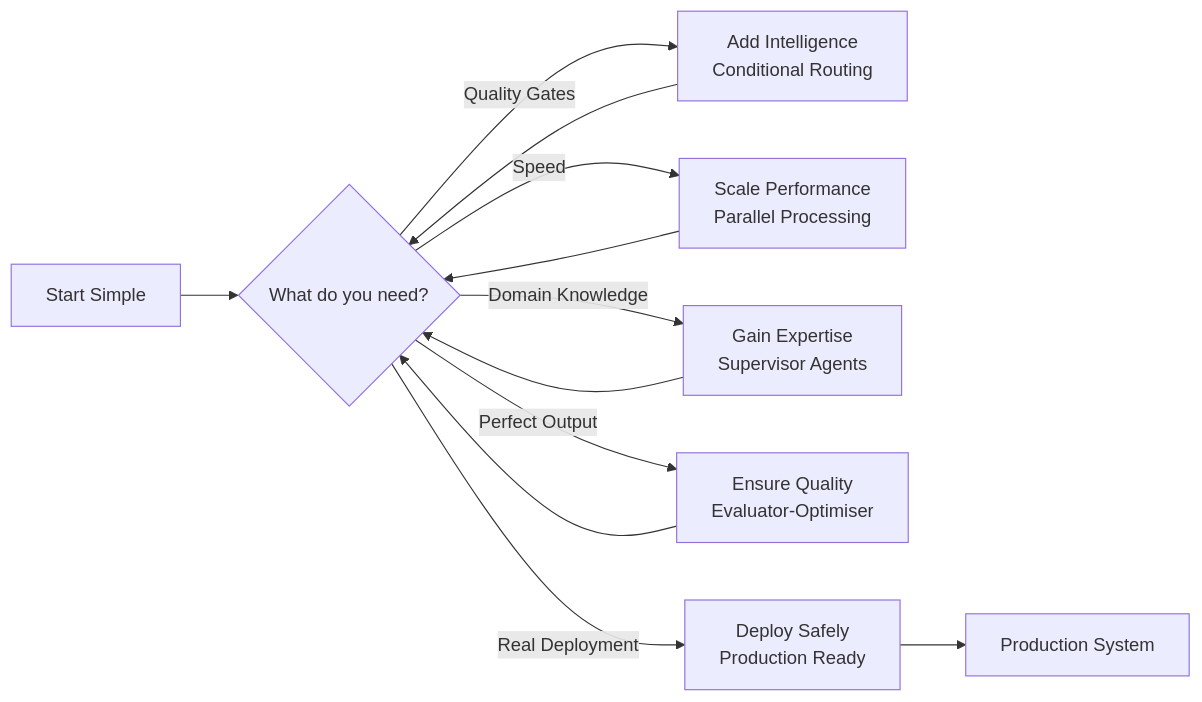
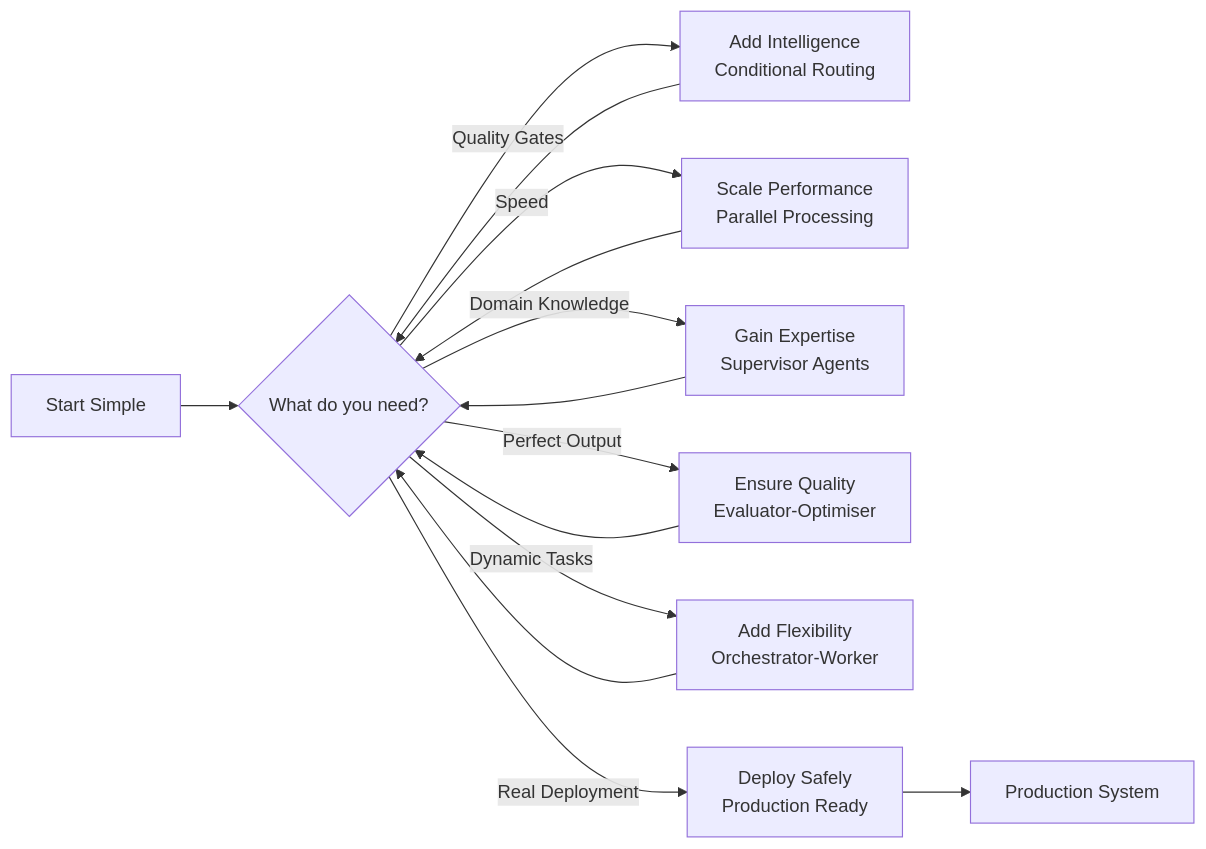
The second of 11 diagrams in PATTERNS.md (rulala/fac-ws_ai_multi-agent), drawn with Mermaid before and after one commit. The commit also changed other lines of this file, not shown here.

Commit message:
docs: update PATTERNS.md with orchestrator-worker

````diff
--- a/PATTERNS.md
+++ b/PATTERNS.md
@@ -17,16 +18,18 @@
 ```mermaid
 graph LR
     Start[Start Simple] --> Need{What do you need?}
 
     Need -->|Quality Gates| AddIntelligence[Add Intelligence<br/>Conditional Routing]
     Need -->|Speed| ScalePerformance[Scale Performance<br/>Parallel Processing]
     Need -->|Domain Knowledge| GainExpertise[Gain Expertise<br/>Supervisor Agents]
     Need -->|Perfect Output| EnsureQuality[Ensure Quality<br/>Evaluator-Optimiser]
+    Need -->|Dynamic Tasks| AddFlexibility[Add Flexibility<br/>Orchestrator-Worker]
     Need -->|Real Deployment| DeploySafely[Deploy Safely<br/>Production Ready]
 
     AddIntelligence --> Need
     ScalePerformance --> Need
     GainExpertise --> Need
     EnsureQuality --> Need
+    AddFlexibility --> Need
     DeploySafely --> Production[Production System]
 ```
````
